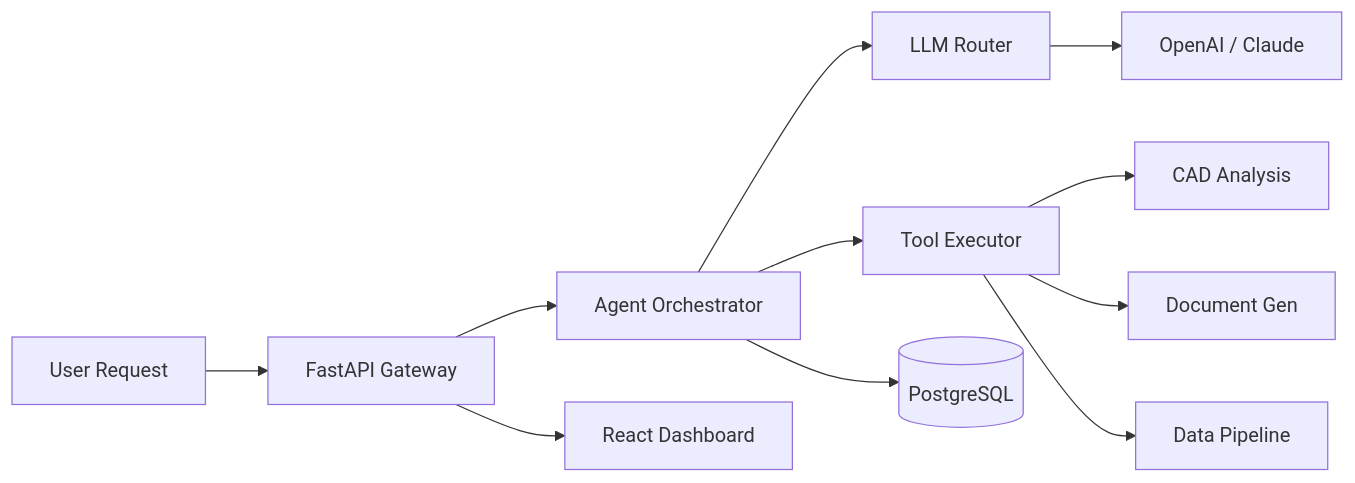
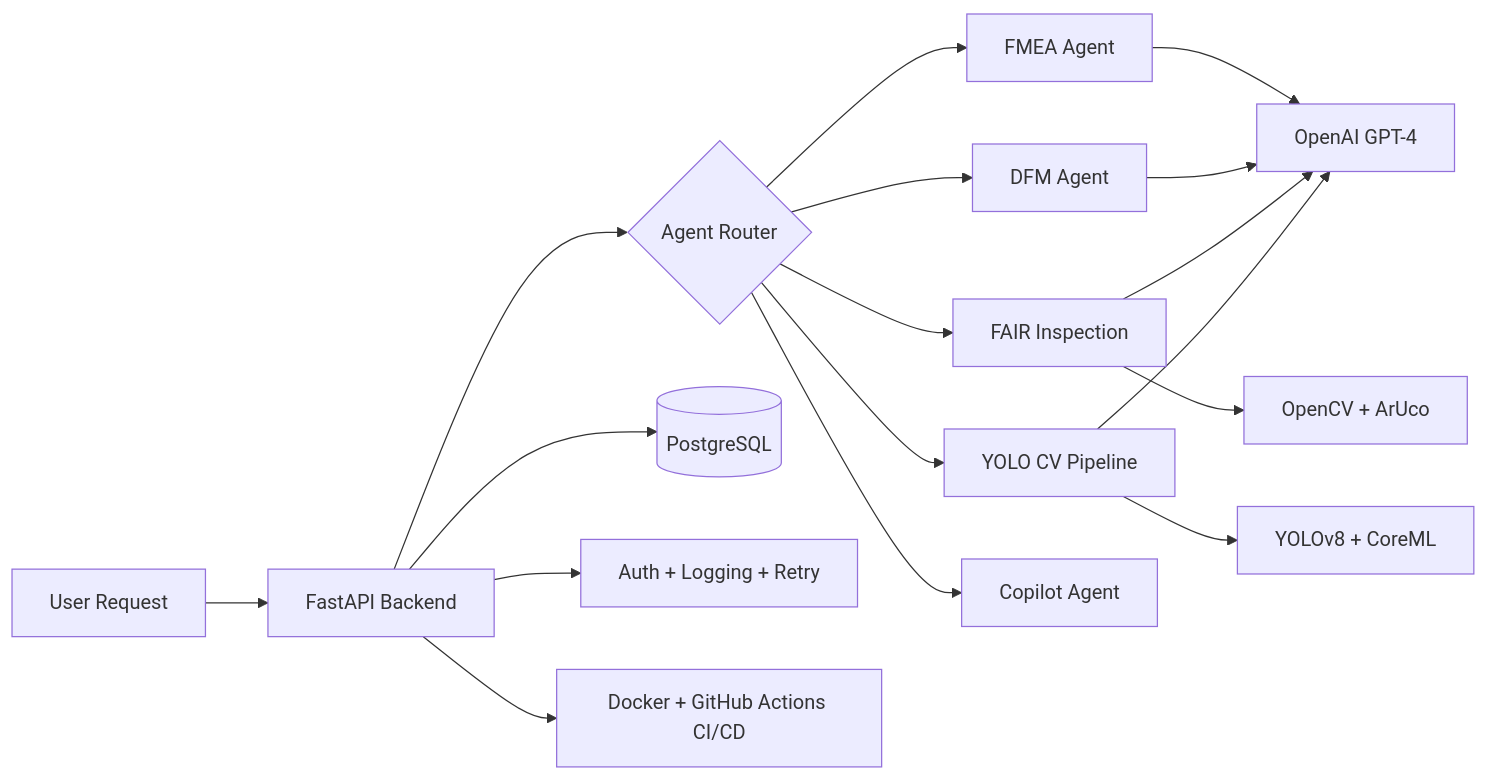
One commit to dawarazhar11/dawarazhar11 changed the first of 8 diagrams in README.md. Above: the diagram before and after it, drawn with Mermaid. The commit also changed other lines of this file, not shown here.

Commit message:
Full revamp: resume details, API dev emphasis, all projects with architecture diagrams, education

````diff
--- a/README.md
+++ b/README.md
@@ -117,13 +140,16 @@
 ```mermaid
 graph LR
-    A[User Request] --> B[FastAPI Gateway]
-    B --> C[Agent Orchestrator]
-    C --> D[LLM Router]
-    D --> E[OpenAI / Claude]
-    C --> F[Tool Executor]
-    F --> G[CAD Analysis]
-    F --> H[Document Gen]
-    F --> I[Data Pipeline]
-    C --> J[(PostgreSQL)]
-    B --> K[React Dashboard]
+    A[User Request] --> B[FastAPI Backend]
+    B --> C{Agent Router}
+    C --> D[FMEA Agent]
+    C --> E[DFM Agent]
+    C --> F[FAIR Inspection]
+    C --> G[YOLO CV Pipeline]
+    C --> H[Copilot Agent]
+    D & E & F & G --> I[OpenAI GPT-4]
+    F --> J[OpenCV + ArUco]
+    G --> K[YOLOv8 + CoreML]
+    B --> L[(PostgreSQL)]
+    B --> M[Auth + Logging + Retry]
+    B --> N[Docker + GitHub Actions CI/CD]
 ```
````
